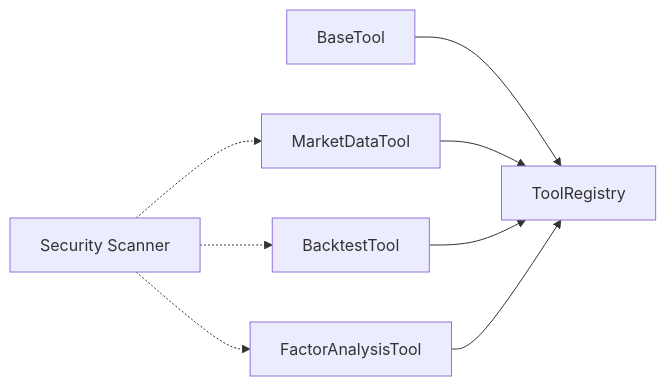
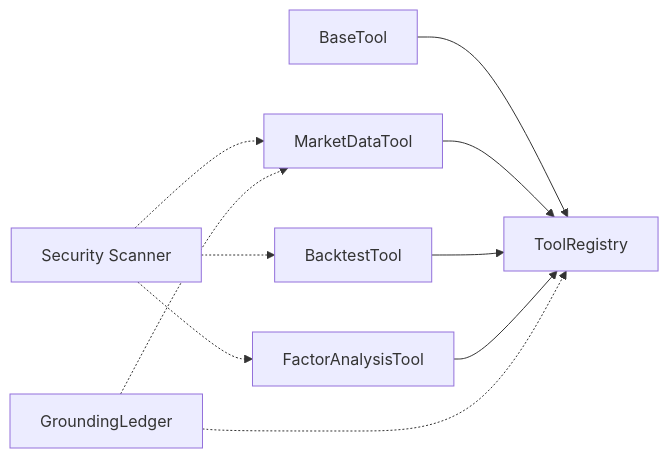
Before and after one commit to 20012002er/Vibe-Trading: the seventh of 7 diagrams in .qoder/repowiki/zh/content/AI代理系统/工具系统/工具系统.md, drawn with Mermaid. The commit also changed other lines of this file and 6 other files, not shown here.

````diff
--- a/.qoder/repowiki/zh/content/AI代理系统/工具系统/工具系统.md
+++ b/.qoder/repowiki/zh/content/AI代理系统/工具系统/工具系统.md
@@ -229,10 +299,12 @@
 ```mermaid
 graph LR
 BT["BaseTool"] --> TR["ToolRegistry"]
 MDT["MarketDataTool"] --> TR
 BKT["BacktestTool"] --> TR
 FAT["FactorAnalysisTool"] --> TR
 SEC["Security Scanner"] -.-> MDT
 SEC -.-> BKT
 SEC -.-> FAT
+GL["GroundingLedger"] -.-> TR
+GL -.-> MDT
 ```
````
